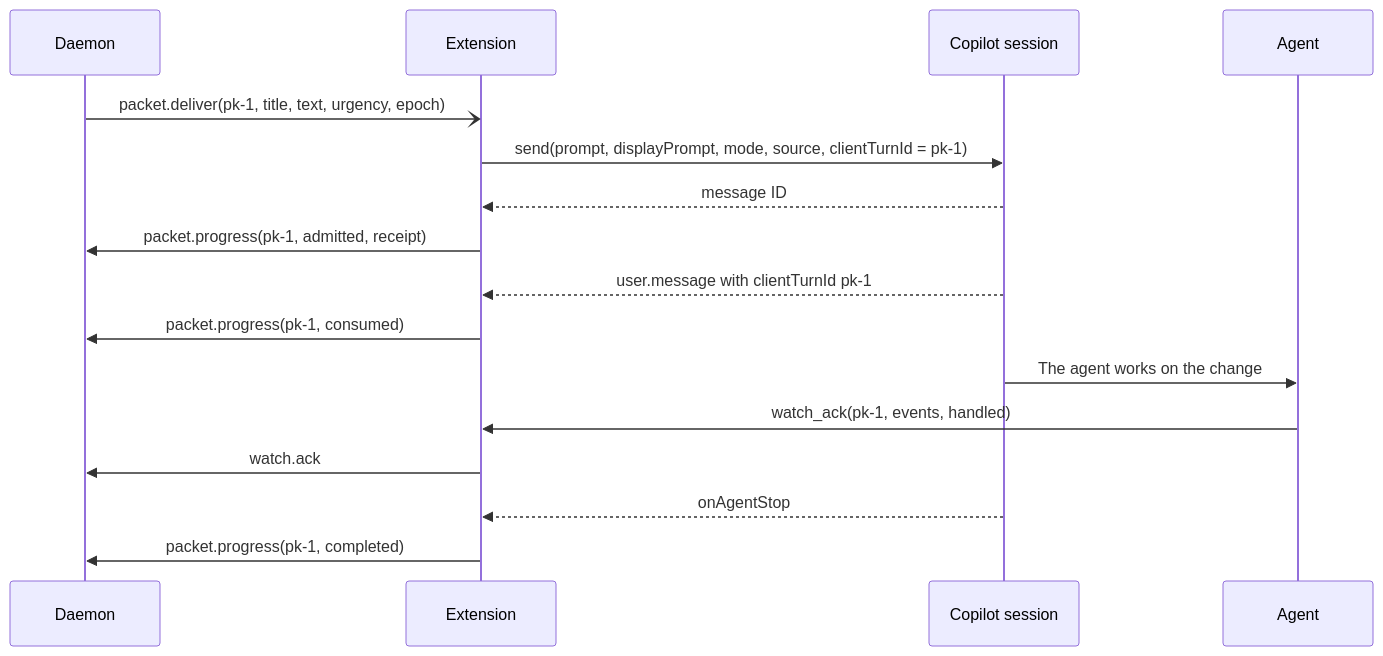
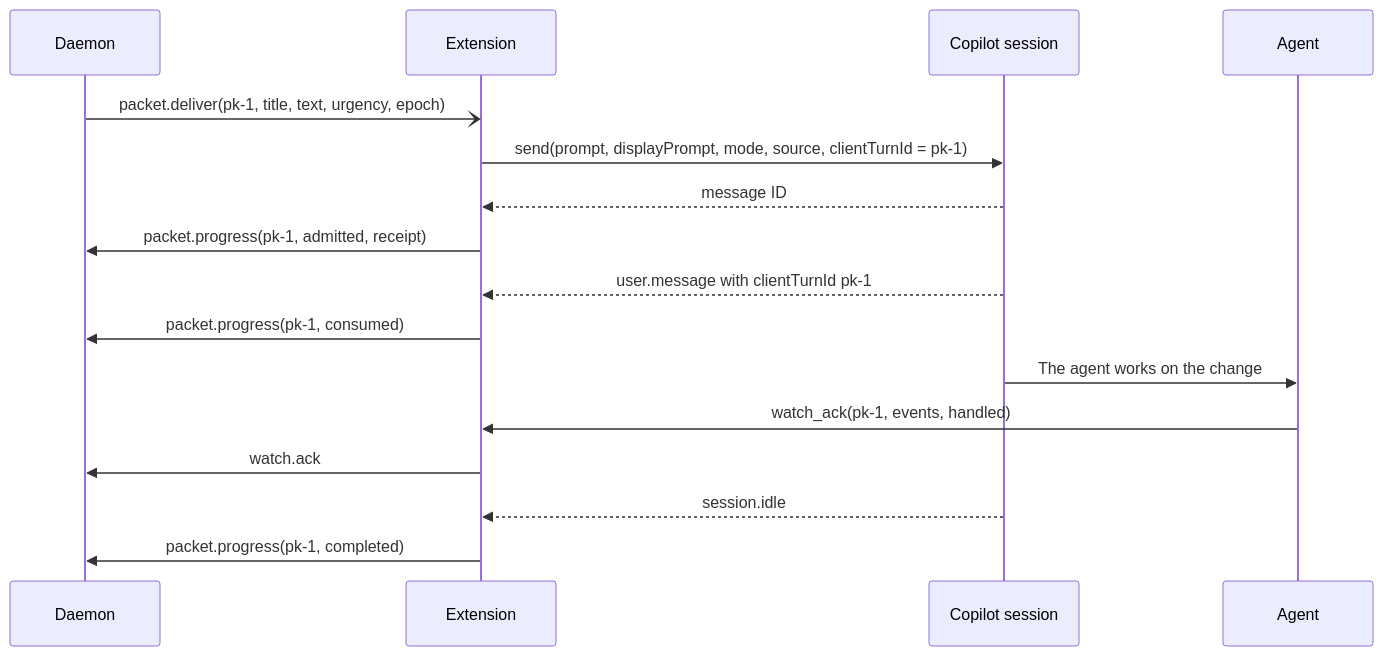
One commit to cschneider/session-source-watcher changed the second of 2 diagrams in docs/design/copilot-plugin.md. Above: the diagram before and after it, drawn with Mermaid. The commit also changed other lines of this file and 56 other files, not shown here.

````diff
--- a/docs/design/copilot-plugin.md
+++ b/docs/design/copilot-plugin.md
@@ -135,19 +147,19 @@
 ```mermaid
 sequenceDiagram
     participant D as Daemon
     participant X as Extension
     participant S as Copilot session
     participant M as Agent
 
     D-)X: packet.deliver(pk-1, title, text, urgency, epoch)
     X->>S: send(prompt, displayPrompt, mode, source, clientTurnId = pk-1)
     S-->>X: message ID
     X->>D: packet.progress(pk-1, admitted, receipt)
     S-->>X: user.message with clientTurnId pk-1
     X->>D: packet.progress(pk-1, consumed)
     S->>M: The agent works on the change
     M->>X: watch_ack(pk-1, events, handled)
     X->>D: watch.ack
-    S-->>X: onAgentStop
+    S-->>X: session.idle
     X->>D: packet.progress(pk-1, completed)
 ```
````
